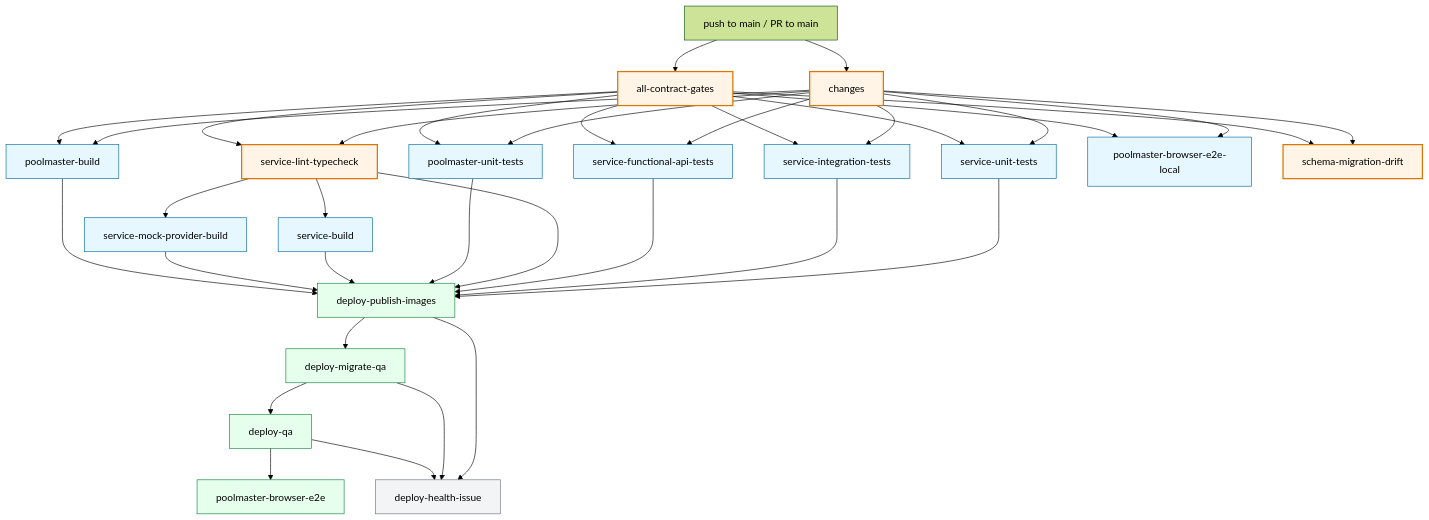
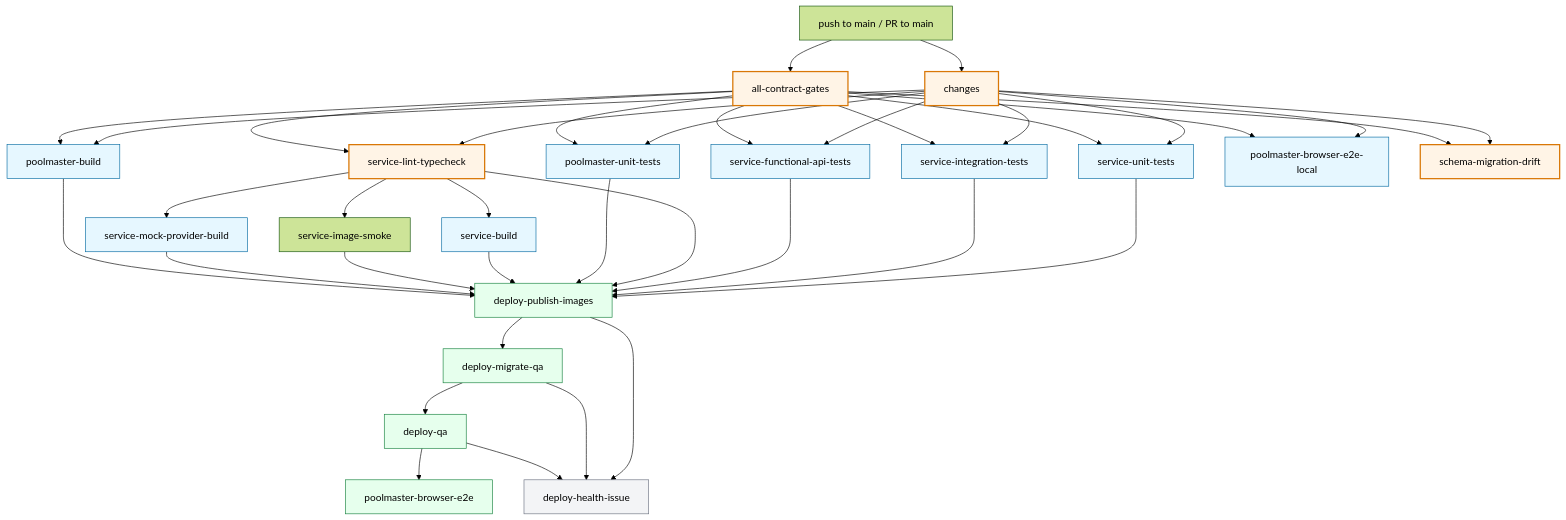
The first of 2 diagrams in docs/CI-AND-QUALITY-GATES.md (derek-dorazio/pool-master), drawn with Mermaid (forest theme) before and after one commit. The commit also changed other lines of this file and 32 other files, not shown here.

````diff
--- a/docs/CI-AND-QUALITY-GATES.md
+++ b/docs/CI-AND-QUALITY-GATES.md
@@ -219,51 +220,53 @@
 ```mermaid
 flowchart TD
   T[push to main / PR to main] --> CG[all-contract-gates]
   T --> CH[changes]
 
   CH --> LT
   CH --> SU
   CH --> SI
   CH --> SF
   CH --> PU
   CH --> PB
   CH --> EL
   CH --> SD
   CG --> LT[service-lint-typecheck]
   CG --> SU[service-unit-tests]
   CG --> SI[service-integration-tests]
   CG --> SF[service-functional-api-tests]
   CG --> SD[schema-migration-drift]
   CG --> PU[poolmaster-unit-tests]
   CG --> PB[poolmaster-build]
   CG --> EL[poolmaster-browser-e2e-local]
   LT --> SB[service-build]
   LT --> MB[service-mock-provider-build]
+  LT --> IS[service-image-smoke]
 
   SU --> PI[deploy-publish-images]
   SI --> PI
   SF --> PI
   LT --> PI
   PU --> PI
   SB --> PI
+  IS --> PI
   MB --> PI
   PB --> PI
 
   PI --> MQ[deploy-migrate-qa]
   MQ --> DQ[deploy-qa]
   DQ --> E2E[poolmaster-browser-e2e]
   PI --> DH[deploy-health-issue]
   MQ --> DH
   DQ --> DH
 
   classDef gate fill:#fff4e6,stroke:#d97706,stroke-width:2px
   classDef test fill:#e6f7ff,stroke:#0369a1
   classDef deploy fill:#e6ffed,stroke:#15803d
   classDef report fill:#f3f4f6,stroke:#6b7280
 
   class CG,LT,CH gate
   class SU,SI,SF,PU,SB,MB,PB,EL test
   class SD gate
   class PI,MQ,DQ,E2E deploy
   class DH report
 ```
````
